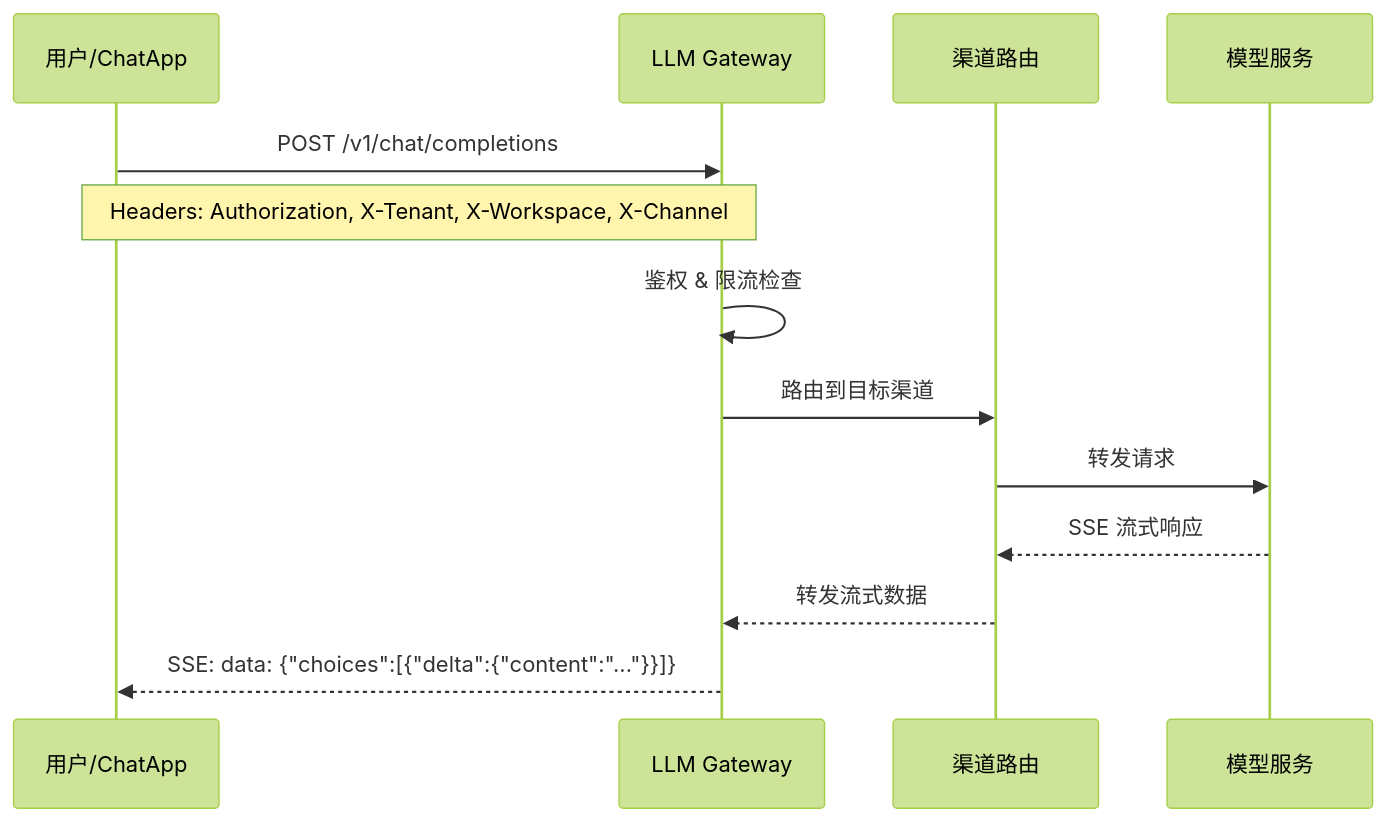
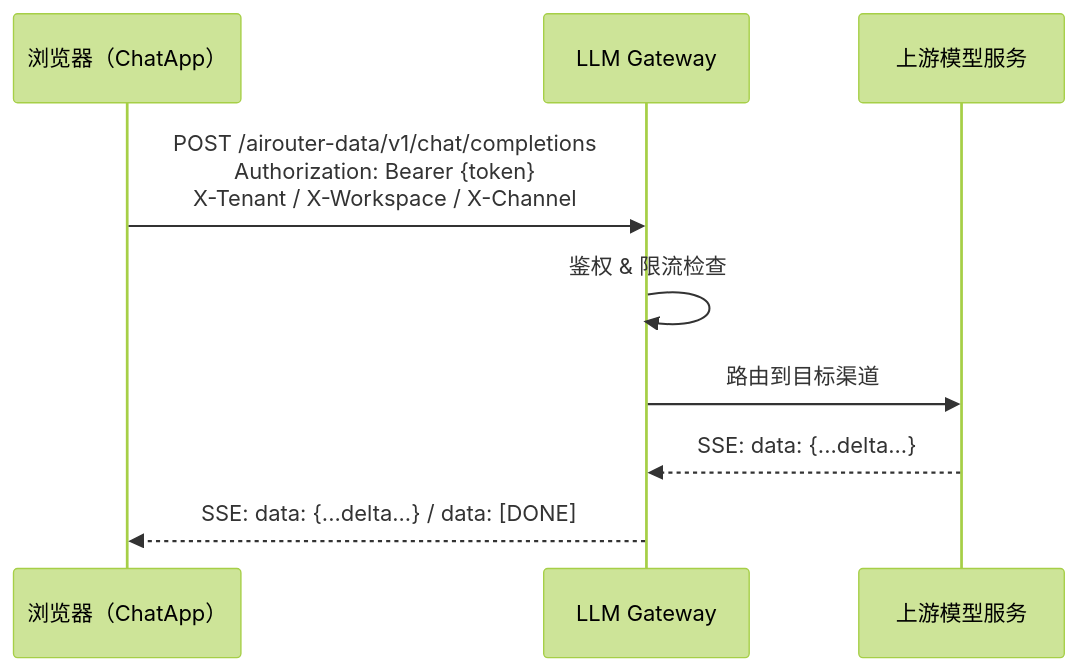
Before and after one commit to poxiaoyun/docs: the diagram in src/pages/docs/cn/10.rune/05.chatapp/index.md, drawn with Mermaid (forest theme). The commit also changed other lines of this file and 463 other files, not shown here.

````diff
--- a/src/pages/docs/cn/10.rune/05.chatapp/index.md
+++ b/src/pages/docs/cn/10.rune/05.chatapp/index.md
@@ -86,16 +77,12 @@
 ```mermaid
 sequenceDiagram
- participant User as 用户/ChatApp
+ participant User as 浏览器（ChatApp）
  participant Gateway as LLM Gateway
- participant Channel as 渠道路由
- participant Model as 模型服务
+ participant Model as 上游模型服务
 
- User->>Gateway: POST /v1/chat/completions
- Note over User,Gateway: Headers: Authorization, X-Tenant, X-Workspace, X-Channel
+ User->>Gateway: POST /airouter-data/v1/chat/completions<br/>Authorization: Bearer {token}<br/>X-Tenant / X-Workspace / X-Channel
  Gateway->>Gateway: 鉴权 & 限流检查
- Gateway->>Channel: 路由到目标渠道
- Channel->>Model: 转发请求
- Model-->>Channel: SSE 流式响应
- Channel-->>Gateway: 转发流式数据
- Gateway-->>User: SSE: data: {"choices":[{"delta":{"content":"..."}}]}
+ Gateway->>Model: 路由到目标渠道
+ Model-->>Gateway: SSE: data: {...delta...}
+ Gateway-->>User: SSE: data: {...delta...} / data: [DONE]
 ```
````
